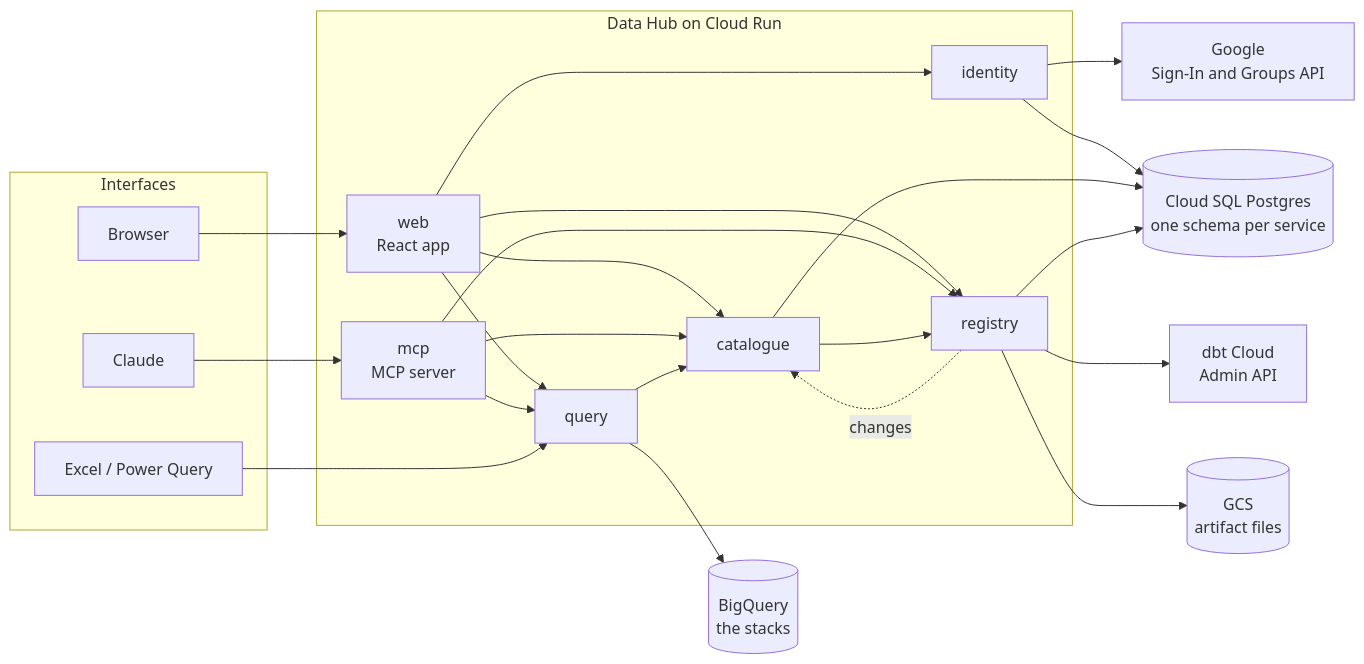
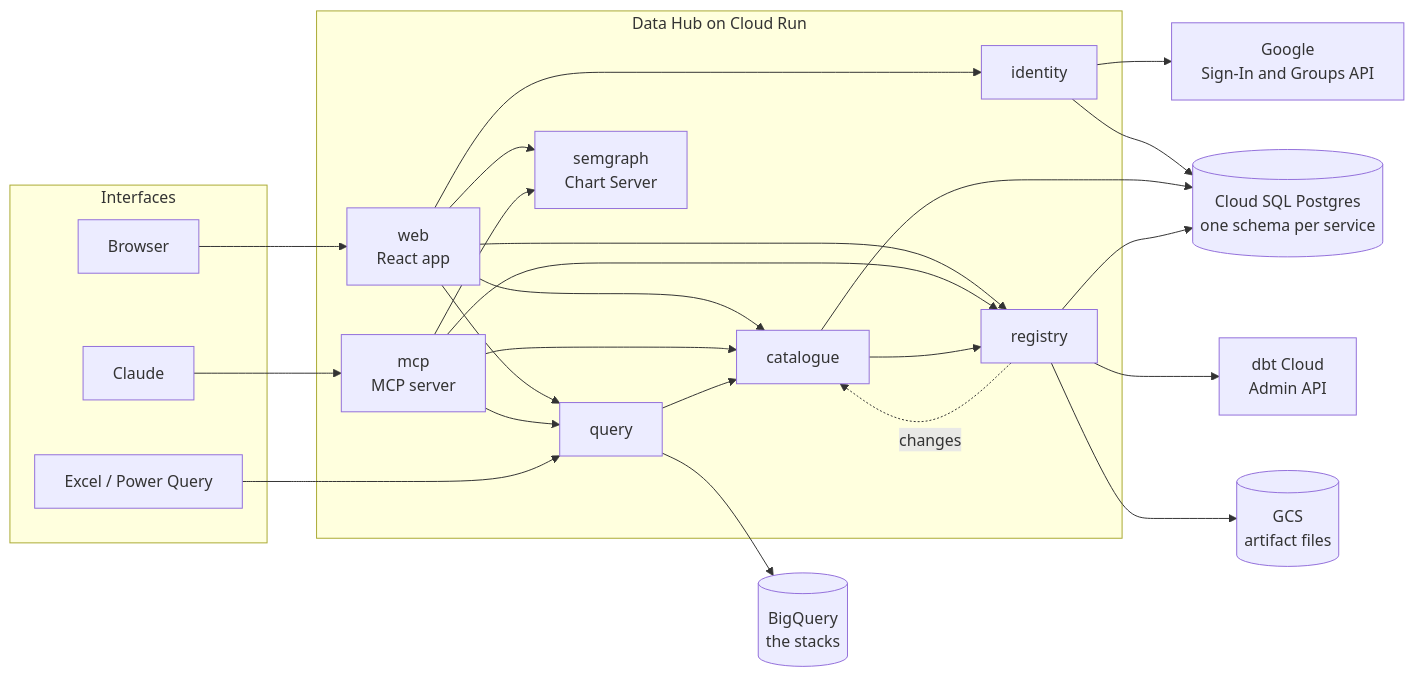
The first of 2 diagrams in docs/architecture/README.md (immoscoop-be/immoscoop-dataplatform-datahub), drawn with Mermaid before and after one commit. The commit also changed other lines of this file and 39 other files, not shown here.

````diff
--- a/docs/architecture/README.md
+++ b/docs/architecture/README.md
@@ -24,36 +24,37 @@
 ```mermaid
 flowchart LR
   subgraph clients[Interfaces]
     browser["Browser"]
     claude["Claude"]
     excel["Excel / Power Query"]
   end
 
   subgraph datahub["Data Hub on Cloud Run"]
     web["web<br/>React app"]
     mcp["mcp<br/>MCP server"]
     identity["identity"]
     catalogue["catalogue"]
     registry["registry"]
     query["query"]
+    semgraph["semgraph<br/>Chart Server"]
   end
 
   google["Google<br/>Sign-In and Groups API"]
   dbt["dbt Cloud<br/>Admin API"]
   gcs[("GCS<br/>artifact files")]
   sql[("Cloud SQL Postgres<br/>one schema per service")]
   bq[("BigQuery<br/>the stacks")]
 
   browser --> web
-  web --> identity & catalogue & registry & query
+  web --> identity & catalogue & registry & query & semgraph
   claude --> mcp
-  mcp --> catalogue & registry & query
+  mcp --> catalogue & registry & query & semgraph
   excel --> query
   catalogue --> registry
   query --> catalogue
   registry -. changes .-> catalogue
   identity --> google
   registry --> dbt & gcs
   query --> bq
   identity & catalogue & registry --> sql
 ```
````
